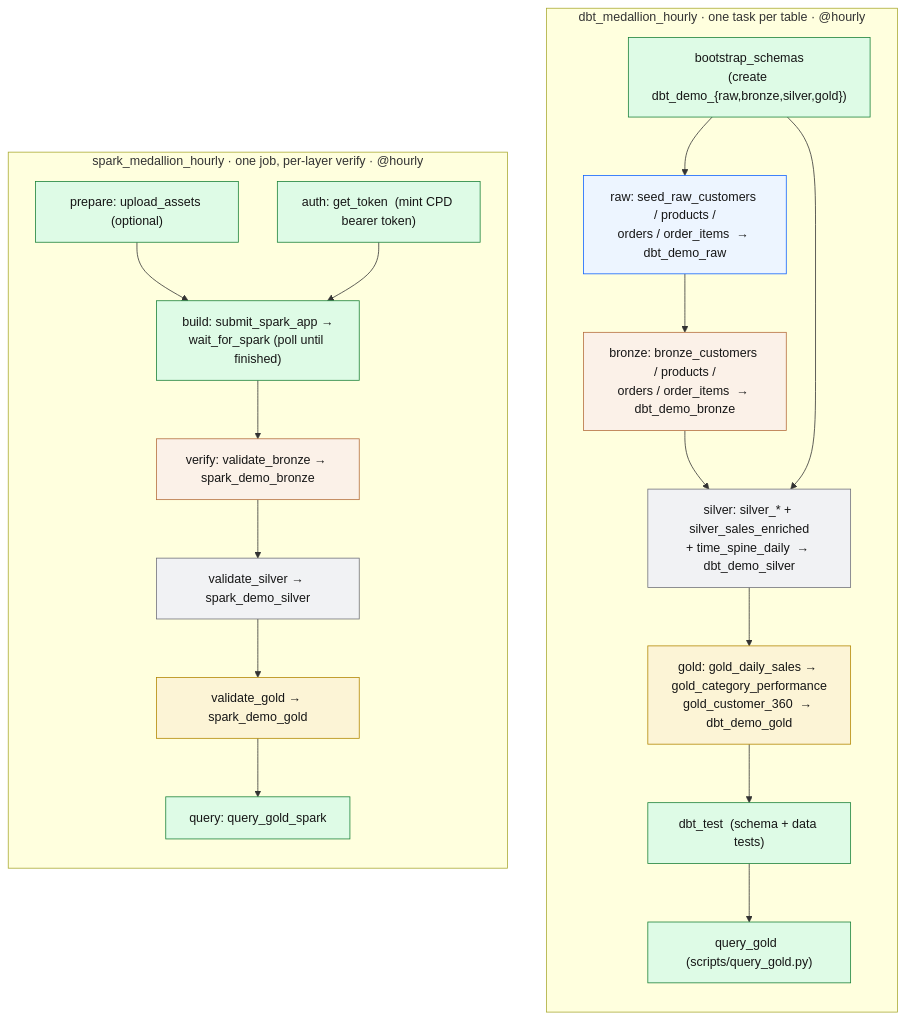
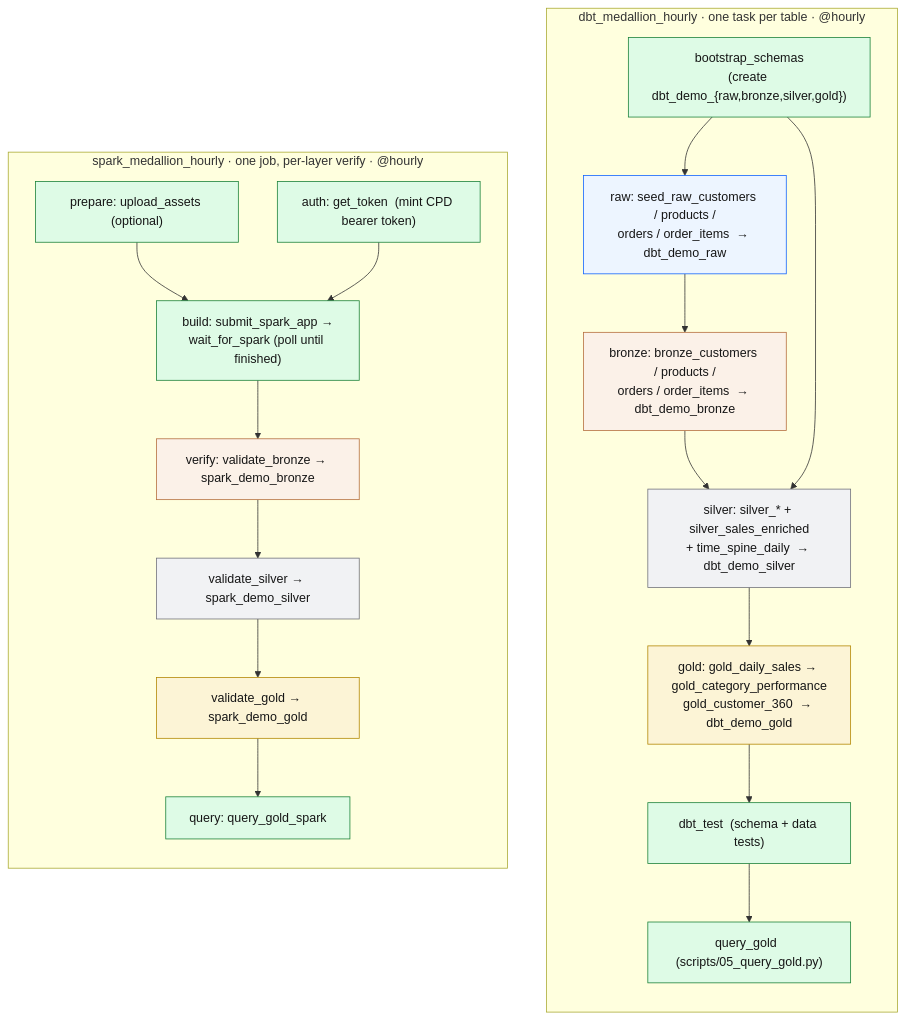
One commit to aseelert/ibmas-watsonxdata-dbt changed the diagram in docs/airflow.md. Above: the diagram before and after it, drawn with Mermaid. The commit also changed other lines of this file and 76 other files, not shown here.

````diff
--- a/docs/airflow.md
+++ b/docs/airflow.md
@@ -27,34 +27,34 @@
 ```mermaid
 flowchart TB
   classDef seed   fill:#edf5ff,stroke:#0f62fe,color:#161616;
   classDef bronze fill:#fbf1e8,stroke:#b46d3c,color:#161616;
   classDef silver fill:#f1f2f4,stroke:#6f7079,color:#161616;
   classDef gold   fill:#fcf4d6,stroke:#b28600,color:#161616;
   classDef ops    fill:#defbe6,stroke:#198038,color:#161616;
 
   subgraph DBT["dbt_medallion_hourly · one task per table · @hourly"]
     direction TB
     boot["bootstrap_schemas\n(create dbt_demo_{raw,bronze,silver,gold})"]:::ops
     seed["raw: seed_raw_customers / products /\norders / order_items  → dbt_demo_raw"]:::seed
     brz["bronze: bronze_customers / products /\norders / order_items  → dbt_demo_bronze"]:::bronze
     slv["silver: silver_* + silver_sales_enriched\n+ time_spine_daily  → dbt_demo_silver"]:::silver
     gld["gold: gold_daily_sales → gold_category_performance\ngold_customer_360  → dbt_demo_gold"]:::gold
     tst["dbt_test  (schema + data tests)"]:::ops
-    qg["query_gold  (scripts/query_gold.py)"]:::ops
+    qg["query_gold  (scripts/05_query_gold.py)"]:::ops
     boot --> seed --> brz --> slv --> gld --> tst --> qg
     boot --> slv
   end
 
   subgraph SPARK["spark_medallion_hourly · one job, per-layer verify · @hourly"]
     direction TB
     prep["prepare: upload_assets (optional)"]:::ops
     tok["auth: get_token  (mint CPD bearer token)"]:::ops
     sub["build: submit_spark_app →\nwait_for_spark (poll until finished)"]:::ops
     vb["verify: validate_bronze → spark_demo_bronze"]:::bronze
     vs["validate_silver → spark_demo_silver"]:::silver
     vg["validate_gold → spark_demo_gold"]:::gold
     qgs["query: query_gold_spark"]:::ops
     prep --> sub
     tok --> sub --> vb --> vs --> vg --> qgs
   end
 ```
````
